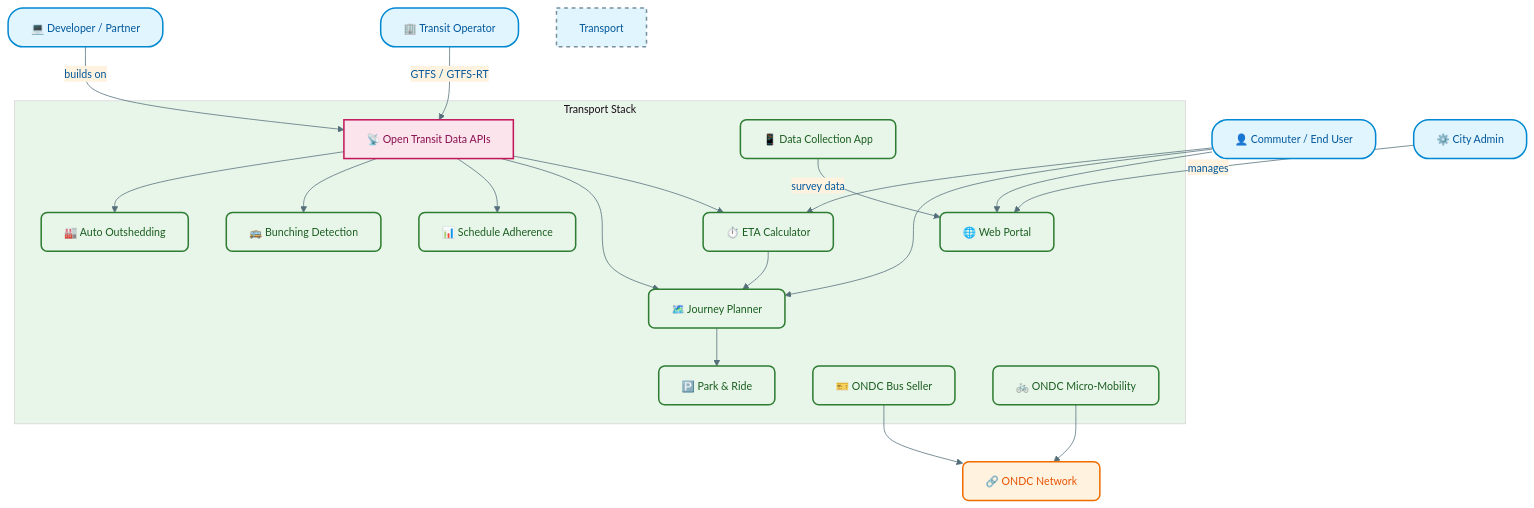
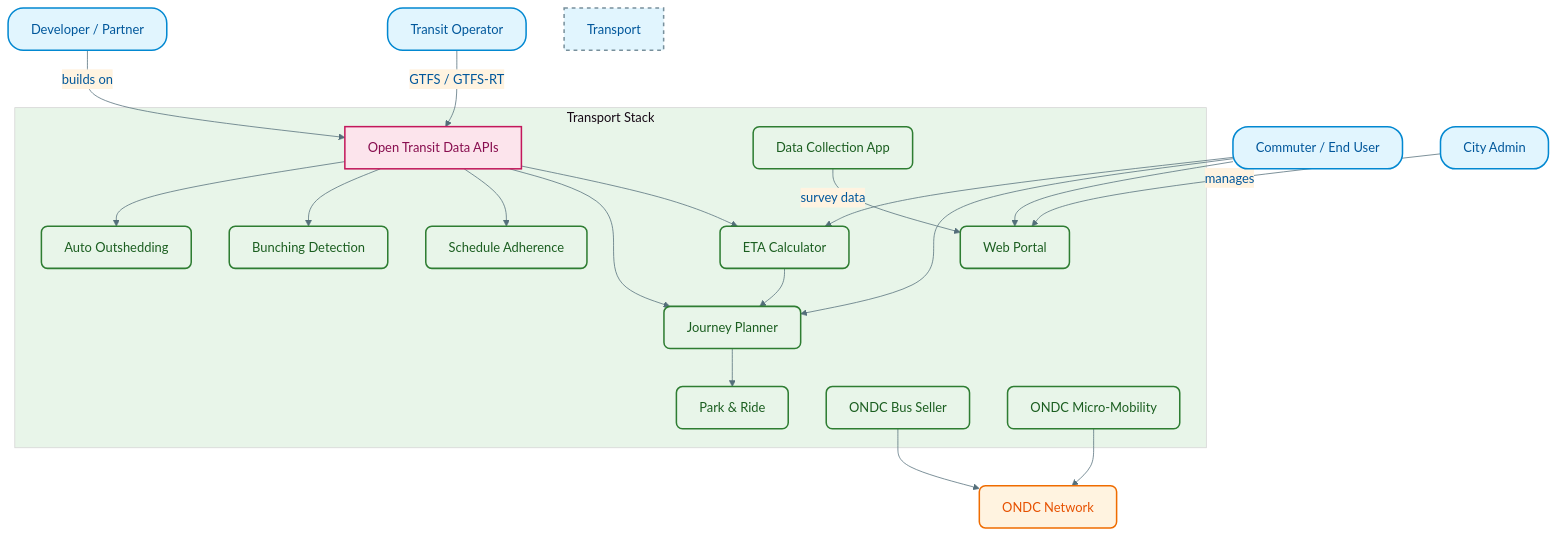
The first of 4 diagrams in docs/architecture/overview.md (transport-stack/wiki-transport-stack), drawn with Mermaid before and after one commit. The commit also changed other lines of this file, not shown here.

Commit message:
docs: remove emojis and increase font size in Mermaid diagrams

````diff
--- a/docs/architecture/overview.md
+++ b/docs/architecture/overview.md
@@ -28,47 +28,47 @@
 ```mermaid
-%%{init: {'theme': 'base', 'themeVariables': { 'primaryColor': '#e1f5fe', 'primaryTextColor': '#01579b', 'primaryBorderColor': '#0288d1', 'lineColor': '#546e7a', 'secondaryColor': '#fff3e0', 'tertiaryColor': '#e8f5e9', 'fontFamily': 'Inter, sans-serif', 'fontSize': '14px' }}}%%
+%%{init: {'theme': 'base', 'themeVariables': { 'primaryColor': '#e1f5fe', 'primaryTextColor': '#01579b', 'primaryBorderColor': '#0288d1', 'lineColor': '#546e7a', 'secondaryColor': '#fff3e0', 'tertiaryColor': '#e8f5e9', 'fontFamily': 'Inter, sans-serif', 'fontSize': '17px' }}}%%
 graph TB
     classDef actor fill:#e1f5fe,stroke:#0288d1,stroke-width:2px,color:#01579b,rx:20px,ry:20px
     classDef module fill:#e8f5e9,stroke:#2e7d32,stroke-width:2px,color:#1b5e20,rx:8px,ry:8px
     classDef external fill:#fff3e0,stroke:#ef6c00,stroke-width:2px,color:#e65100,rx:8px,ry:8px
     classDef data fill:#fce4ec,stroke:#c2185b,stroke-width:2px,color:#880e4f,shape:cylinder
 
-    C["👤 Commuter / End User"]:::actor
-    PTO["🏢 Transit Operator"]:::actor
-    ADMIN["⚙️ City Admin"]:::actor
-    DEV["💻 Developer / Partner"]:::actor
+    C["Commuter / End User"]:::actor
+    PTO["Transit Operator"]:::actor
+    ADMIN["City Admin"]:::actor
+    DEV["Developer / Partner"]:::actor
 
     subgraph "Transport Stack"
         style Transport Stack fill:#f8f9fa,stroke:#78909c,stroke-width:2px,stroke-dasharray: 5 5
-        OTD["📡 Open Transit Data APIs"]:::data
-        ETA["⏱️ ETA Calculator"]:::module
-        JP["🗺️ Journey Planner"]:::module
-        SA["📊 Schedule Adherence"]:::module
-        BUN["🚌 Bunching Detection"]:::module
-        AOS["🏭 Auto Outshedding"]:::module
-        PR["🅿️ Park & Ride"]:::module
-        ONDC_S["🎫 ONDC Bus Seller"]:::module
-        ONDC_M["🚲 ONDC Micro-Mobility"]:::module
-        PORTAL["🌐 Web Portal"]:::module
-        COLLECT["📱 Data Collection App"]:::module
+        OTD["Open Transit Data APIs"]:::data
+        ETA["ETA Calculator"]:::module
+        JP["Journey Planner"]:::module
+        SA["Schedule Adherence"]:::module
+        BUN["Bunching Detection"]:::module
+        AOS["Auto Outshedding"]:::module
+        PR["Park & Ride"]:::module
+        ONDC_S["ONDC Bus Seller"]:::module
+        ONDC_M["ONDC Micro-Mobility"]:::module
+        PORTAL["Web Portal"]:::module
+        COLLECT["Data Collection App"]:::module
     end
 
-    ONDC_NET["🔗 ONDC Network"]:::external
+    ONDC_NET["ONDC Network"]:::external
 
     PTO --"GTFS / GTFS-RT"--> OTD
     OTD --> ETA
     OTD --> JP
     OTD --> SA
     OTD --> BUN
     OTD --> AOS
     ETA --> JP
     JP --> PR
     C --> PORTAL
     C --> JP
     C --> ETA
     DEV --"builds on"--> OTD
     ADMIN --"manages"--> PORTAL
     COLLECT --"survey data"--> PORTAL
     ONDC_S --> ONDC_NET
     ONDC_M --> ONDC_NET
 ```
````
